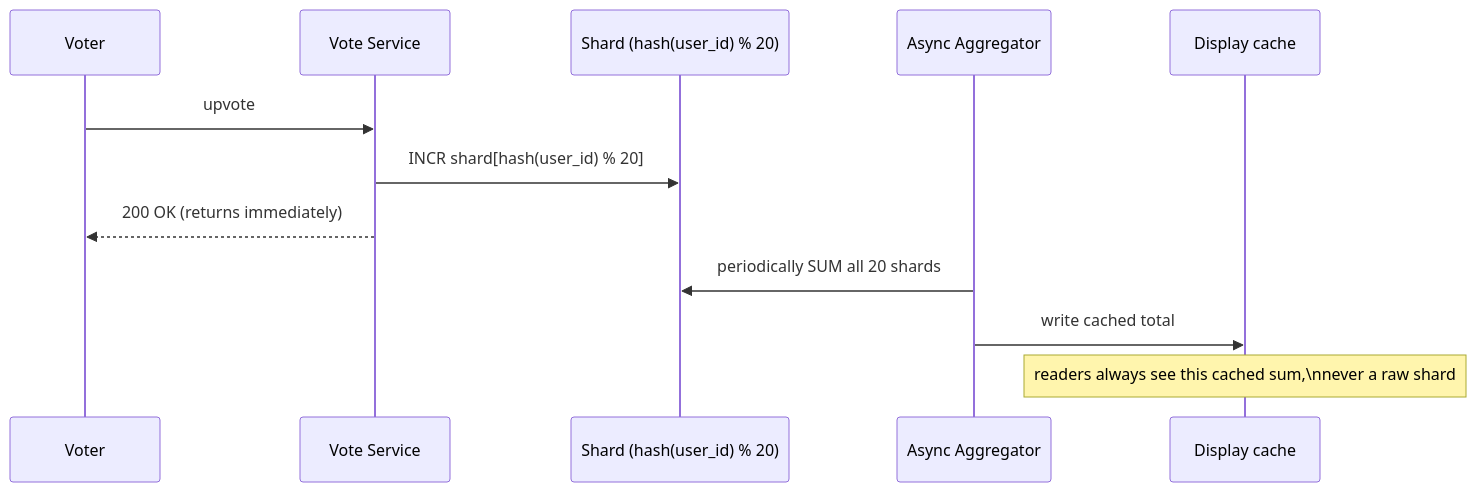
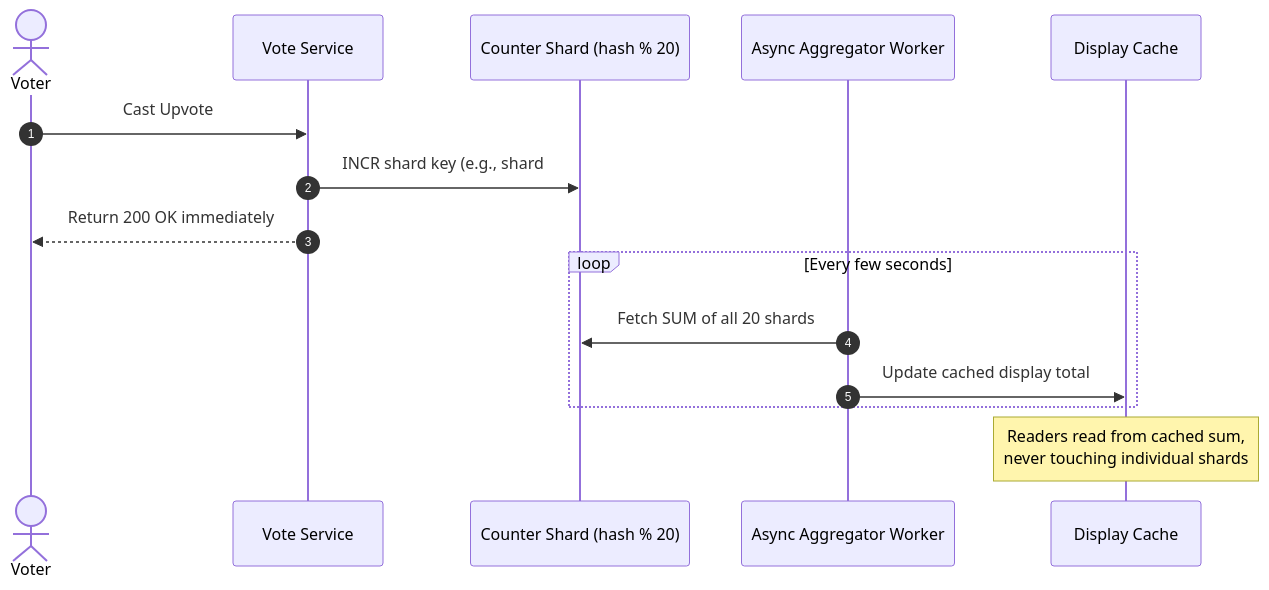
The fourth of 15 diagrams in system-design/HLD/0-course/27-Design Quora-FAANG-Guide-story.md (riyaz-pasha/Learnings), drawn with Mermaid before and after one commit. The commit also changed other lines of this file and 1 other file, not shown here.

Commit message:
docs: simplify language, expand examples, and fix mermaid diagrams in Quora guide

````diff
--- a/system-design/HLD/0-course/27-Design Quora-FAANG-Guide-story.md
+++ b/system-design/HLD/0-course/27-Design Quora-FAANG-Guide-story.md
@@ -88,15 +219,20 @@
 ```mermaid
 sequenceDiagram
-    participant U as Voter
+    autonumber
+    actor U as Voter
     participant VS as Vote Service
-    participant Shard as Shard (hash(user_id) % 20)
-    participant Agg as Async Aggregator
-    participant Cache as Display cache
+    participant Shard as Counter Shard (hash % 20)
+    participant Agg as Async Aggregator Worker
+    participant Cache as Display Cache
 
-    U->>VS: upvote
-    VS->>Shard: INCR shard[hash(user_id) % 20]
-    VS-->>U: 200 OK (returns immediately)
-    Agg->>Shard: periodically SUM all 20 shards
-    Agg->>Cache: write cached total
-    Note over Cache: readers always see this cached sum,\nnever a raw shard
+    U->>VS: Cast Upvote
+    VS->>Shard: INCR shard key (e.g., shard #7)
+    VS-->>U: Return 200 OK immediately
+    
+    loop Every few seconds
+        Agg->>Shard: Fetch SUM of all 20 shards
+        Agg->>Cache: Update cached display total
+    end
+
+    Note over Cache: Readers read from cached sum,<br/>never touching individual shards
 ```
````
